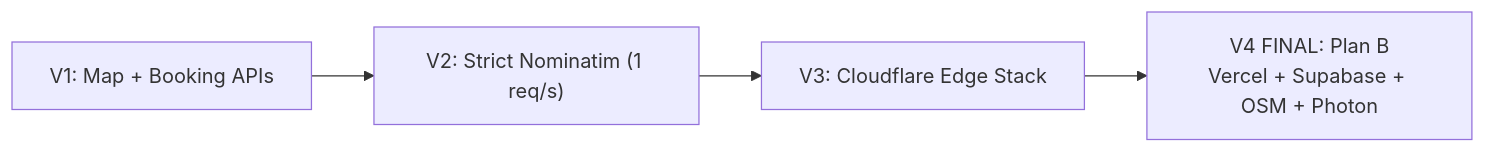
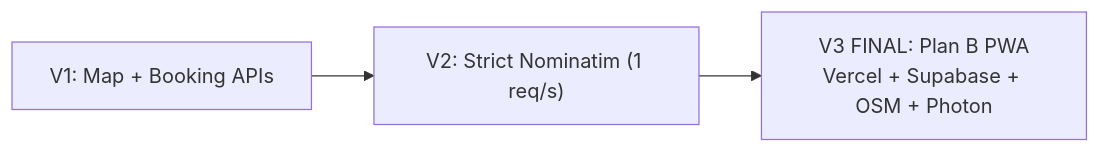
One commit to nlzce/We-are-the-champions_Plan-B changed diagram 12 of 15 in README.md. Above: the diagram before and after it, drawn with Mermaid. The commit also changed other lines of this file, not shown here.

Commit message:
docs: ensure 100% english, remove cloudflare, focus exclusively on PWA, and validate all mermaid diagrams

````diff
--- a/README.md
+++ b/README.md
@@ -502,6 +501,5 @@
 ```mermaid
 flowchart LR
   V1["V1: Map + Booking APIs"] --> V2["V2: Strict Nominatim (1 req/s)"]
-  V2 --> V3["V3: Cloudflare Edge Stack"]
-  V3 --> V4["V4 FINAL: Plan B<br/>Vercel + Supabase + OSM + Photon"]
+  V2 --> V3["V3 FINAL: Plan B PWA<br/>Vercel + Supabase + OSM + Photon"]
 ```
````
